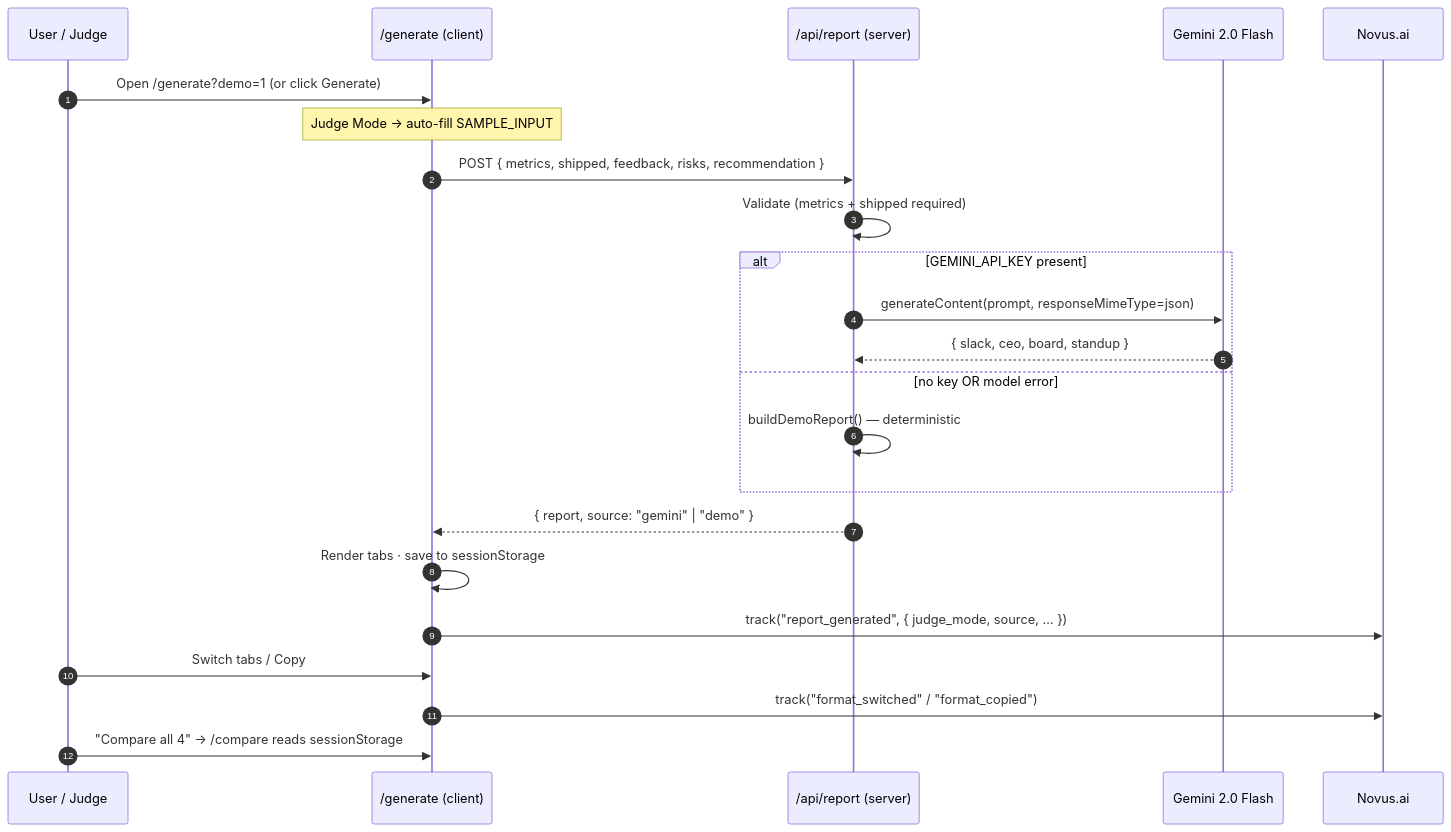
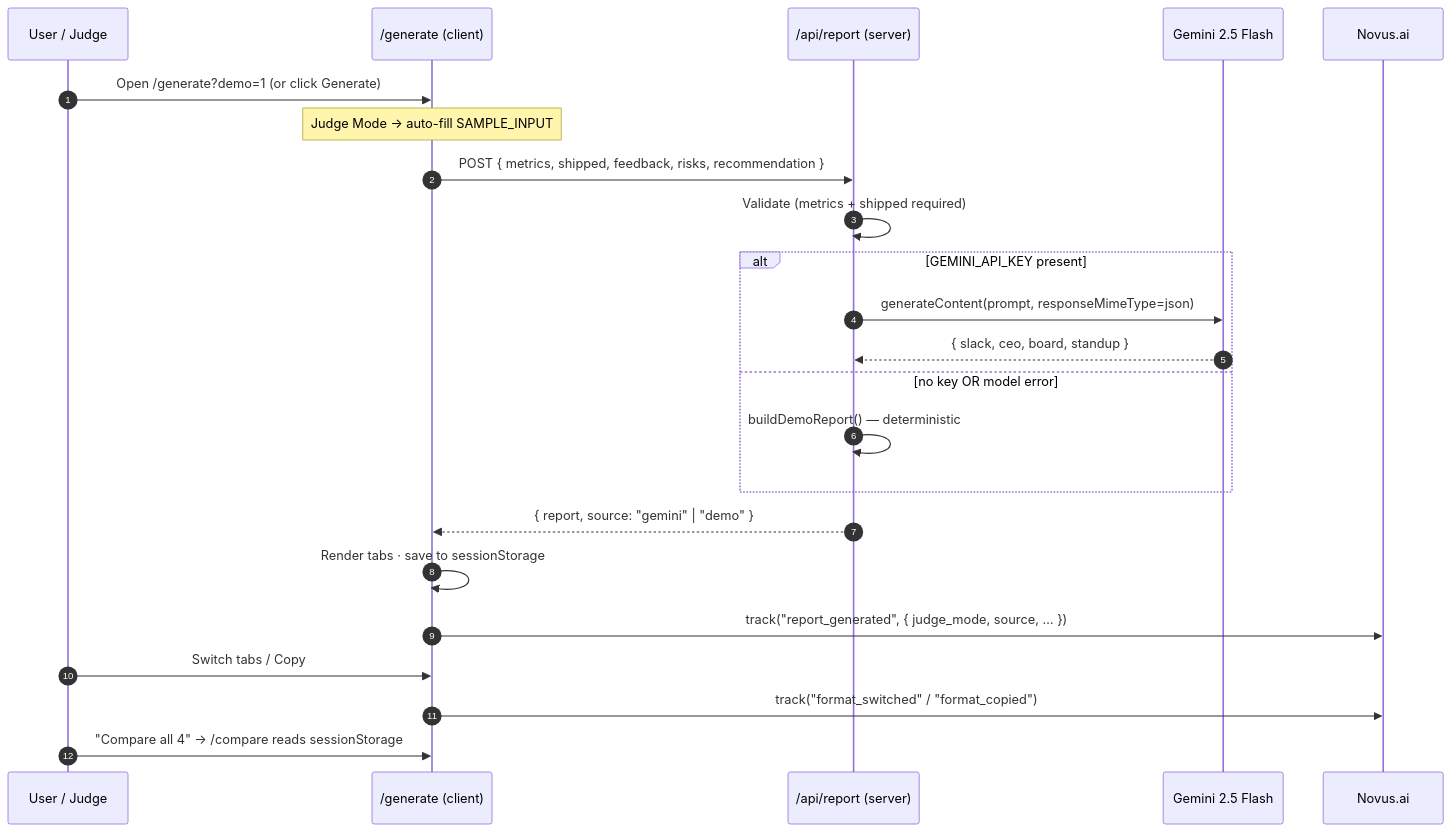
The second of 2 diagrams in docs/ARCHITECTURE.md (manojmallick/pulsereport), drawn with Mermaid before and after one commit. The commit also changed other lines of this file and 5 other files, not shown here.

First line of the commit message:
Fix: use gemini-2.5-flash (2.0-flash retired → 404)

````diff
--- a/docs/ARCHITECTURE.md
+++ b/docs/ARCHITECTURE.md
@@ -29,26 +29,26 @@
 ```mermaid
 sequenceDiagram
     autonumber
     participant U as User / Judge
     participant G as /generate (client)
     participant A as /api/report (server)
-    participant M as Gemini 2.0 Flash
+    participant M as Gemini 2.5 Flash
     participant N as Novus.ai
 
     U->>G: Open /generate?demo=1 (or click Generate)
     Note over G: Judge Mode → auto-fill SAMPLE_INPUT
     G->>A: POST { metrics, shipped, feedback, risks, recommendation }
     A->>A: Validate (metrics + shipped required)
     alt GEMINI_API_KEY present
         A->>M: generateContent(prompt, responseMimeType=json)
         M-->>A: { slack, ceo, board, standup }
     else no key OR model error
         A->>A: buildDemoReport() — deterministic
     end
     A-->>G: { report, source: "gemini" | "demo" }
     G->>G: Render tabs · save to sessionStorage
     G->>N: track("report_generated", { judge_mode, source, … })
     U->>G: Switch tabs / Copy
     G->>N: track("format_switched" / "format_copied")
     U->>G: "Compare all 4" → /compare reads sessionStorage
 ```
````
